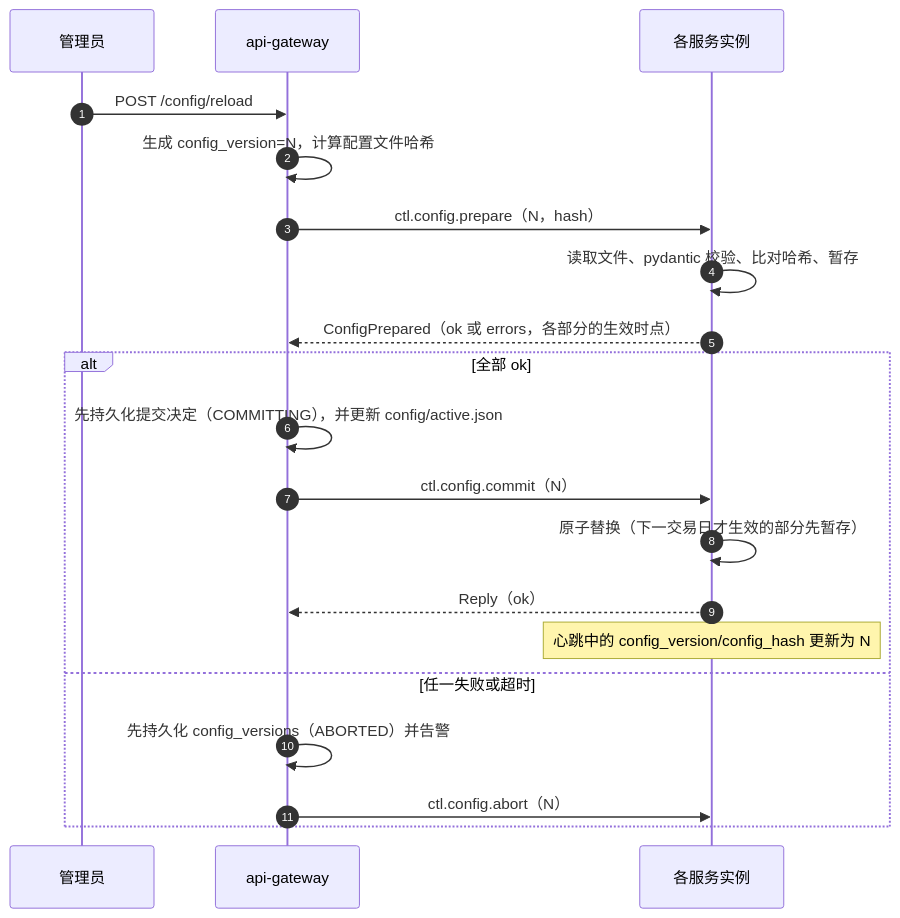
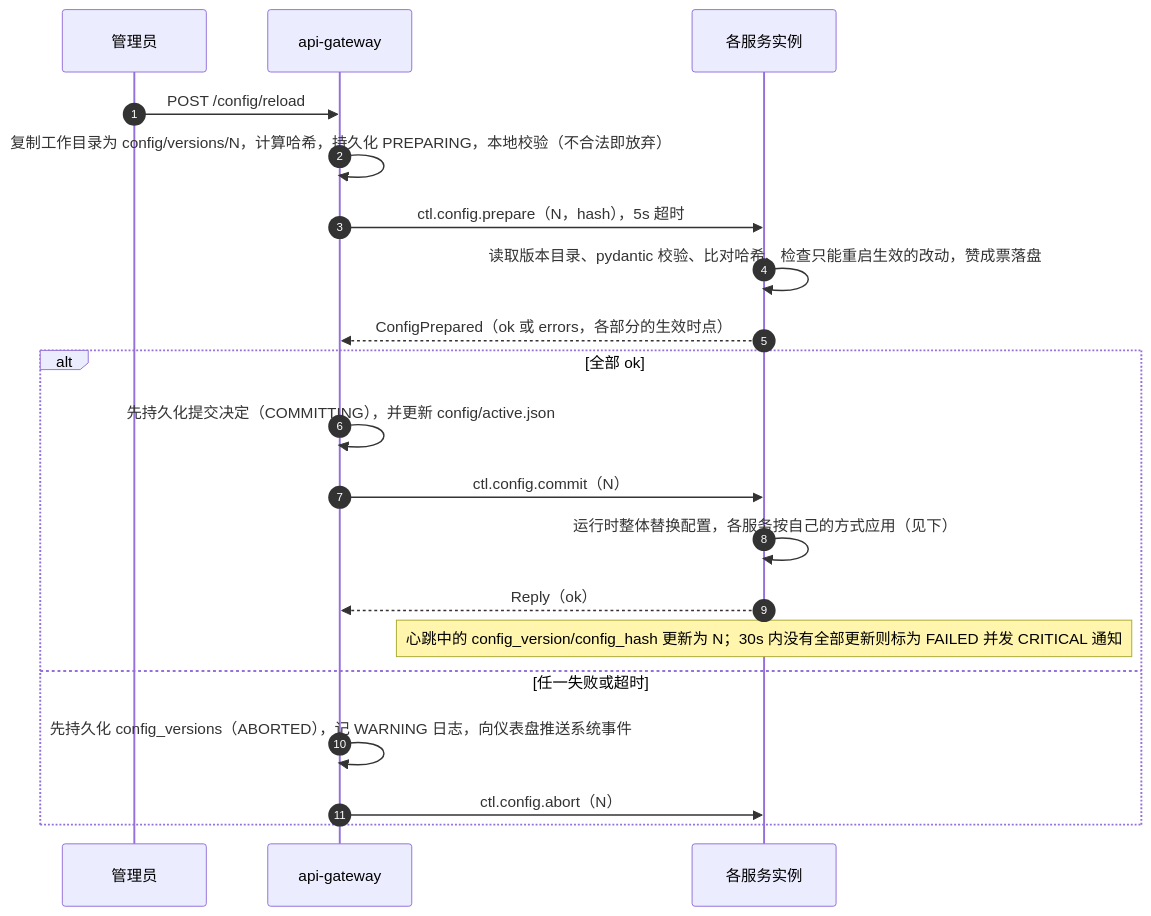
Before and after one commit to tom-xue-dev/futrisk: diagram 11 of 17 in docs/01-architecture.md, drawn with Mermaid. The commit also changed other lines of this file and 31 other files, not shown here.

First line of the commit message:
文档：按代码重建 docs 为 v1.0，全量验证并重拍截图

````diff
--- a/docs/01-architecture.md
+++ b/docs/01-architecture.md
@@ -641,22 +672,22 @@
 ```mermaid
 sequenceDiagram
     autonumber
     participant ADM as 管理员
     participant API as api-gateway
     participant S as 各服务实例
     ADM->>API: POST /config/reload
-    API->>API: 生成 config_version=N，计算配置文件哈希
-    API->>S: ctl.config.prepare（N，hash）
-    S->>S: 读取文件、pydantic 校验、比对哈希、暂存
+    API->>API: 复制工作目录为 config/versions/N，计算哈希，持久化 PREPARING，本地校验（不合法即放弃）
+    API->>S: ctl.config.prepare（N，hash），5s 超时
+    S->>S: 读取版本目录、pydantic 校验、比对哈希、检查只能重启生效的改动，赞成票落盘
     S-->>API: ConfigPrepared（ok 或 errors，各部分的生效时点）
     alt 全部 ok
         API->>API: 先持久化提交决定（COMMITTING），并更新 config/active.json
         API->>S: ctl.config.commit（N）
-        S->>S: 原子替换（下一交易日才生效的部分先暂存）
+        S->>S: 运行时整体替换配置，各服务按自己的方式应用（见下）
         S-->>API: Reply（ok）
-        Note over S: 心跳中的 config_version/config_hash 更新为 N
+        Note over S: 心跳中的 config_version/config_hash 更新为 N；30s 内没有全部更新则标为 FAILED 并发 CRITICAL 通知
     else 任一失败或超时
-        API->>API: 先持久化 config_versions（ABORTED）并告警
+        API->>API: 先持久化 config_versions（ABORTED），记 WARNING 日志，向仪表盘推送系统事件
         API->>S: ctl.config.abort（N）
     end
 ```
````
